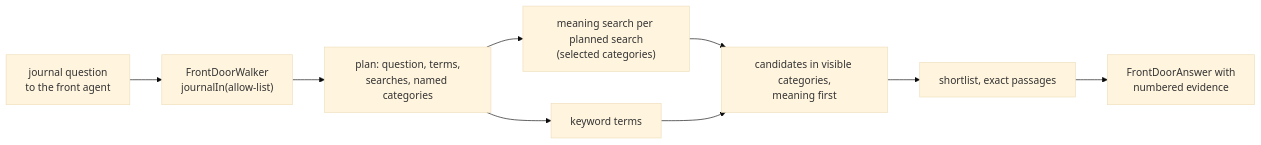
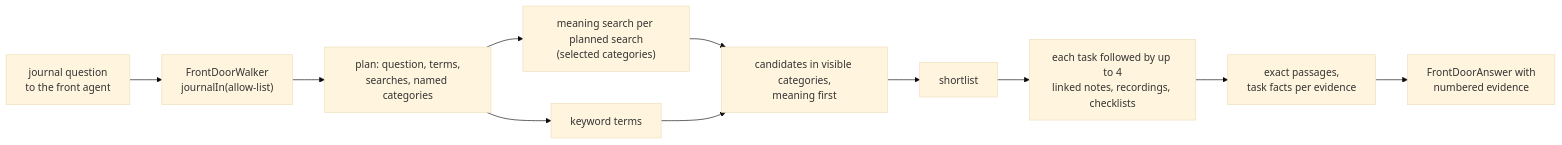
One commit to matthiasn/lotti changed the second of 7 diagrams in knowledge/features/agents/query-chat.md. Above: the diagram before and after it, drawn with Mermaid (base theme). The commit also changed other lines of this file and 29 other files, not shown here.

````diff
--- a/knowledge/features/agents/query-chat.md
+++ b/knowledge/features/agents/query-chat.md
@@ -275,11 +275,13 @@
 ```mermaid
 flowchart LR
   Q["journal question<br/>to the front agent"] --> W["FrontDoorWalker<br/>journalIn(allow-list)"]
   W --> Plan["plan: question, terms,<br/>searches, named categories"]
   Plan --> M["meaning search per planned search<br/>(selected categories)"]
   Plan --> K["keyword terms"]
   M --> C["candidates in visible categories,<br/>meaning first"]
   K --> C
-  C --> E["shortlist, exact passages"]
+  C --> S["shortlist"]
+  S --> D["each task followed by up to 4<br/>linked notes, recordings, checklists"]
+  D --> E["exact passages,<br/>task facts per evidence"]
   E --> A["FrontDoorAnswer with<br/>numbered evidence"]
 ```
````
